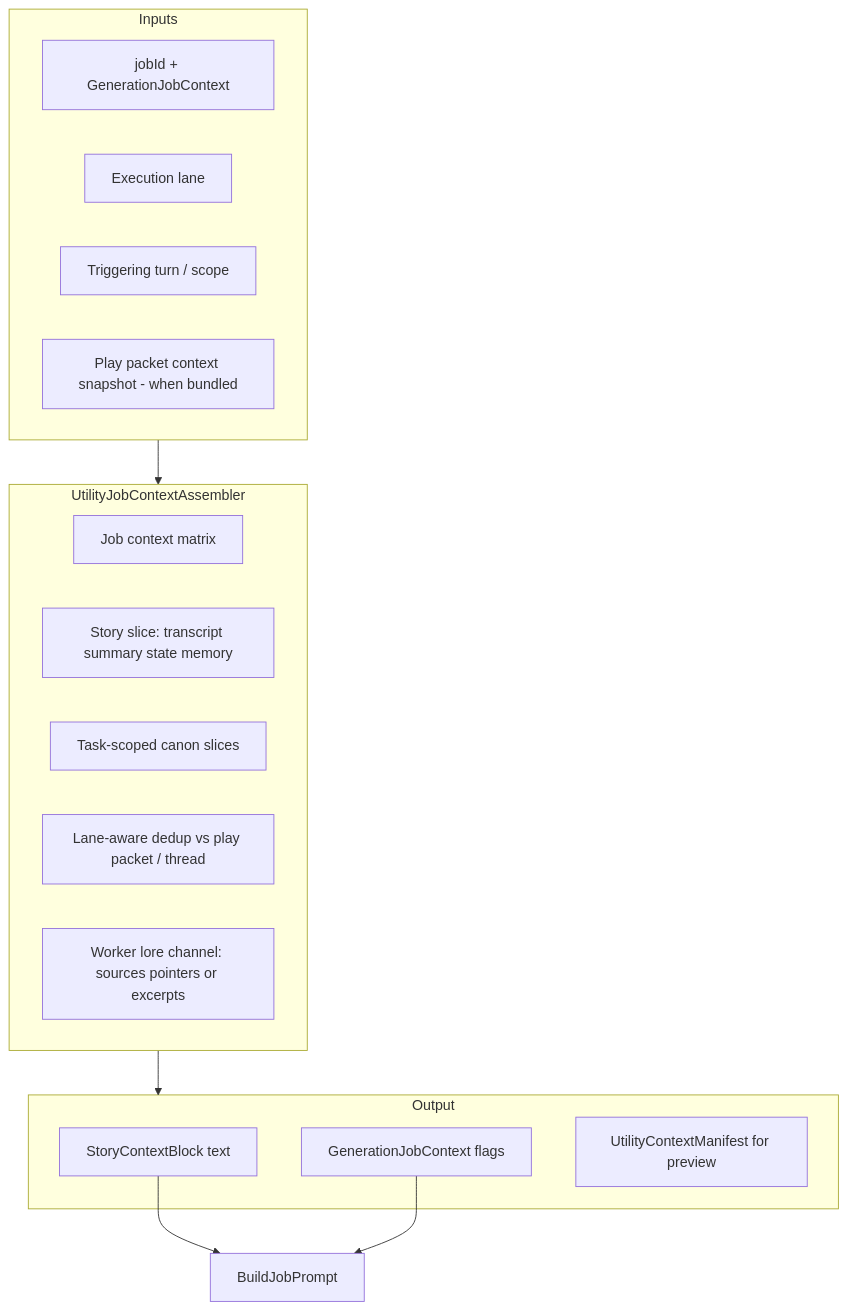
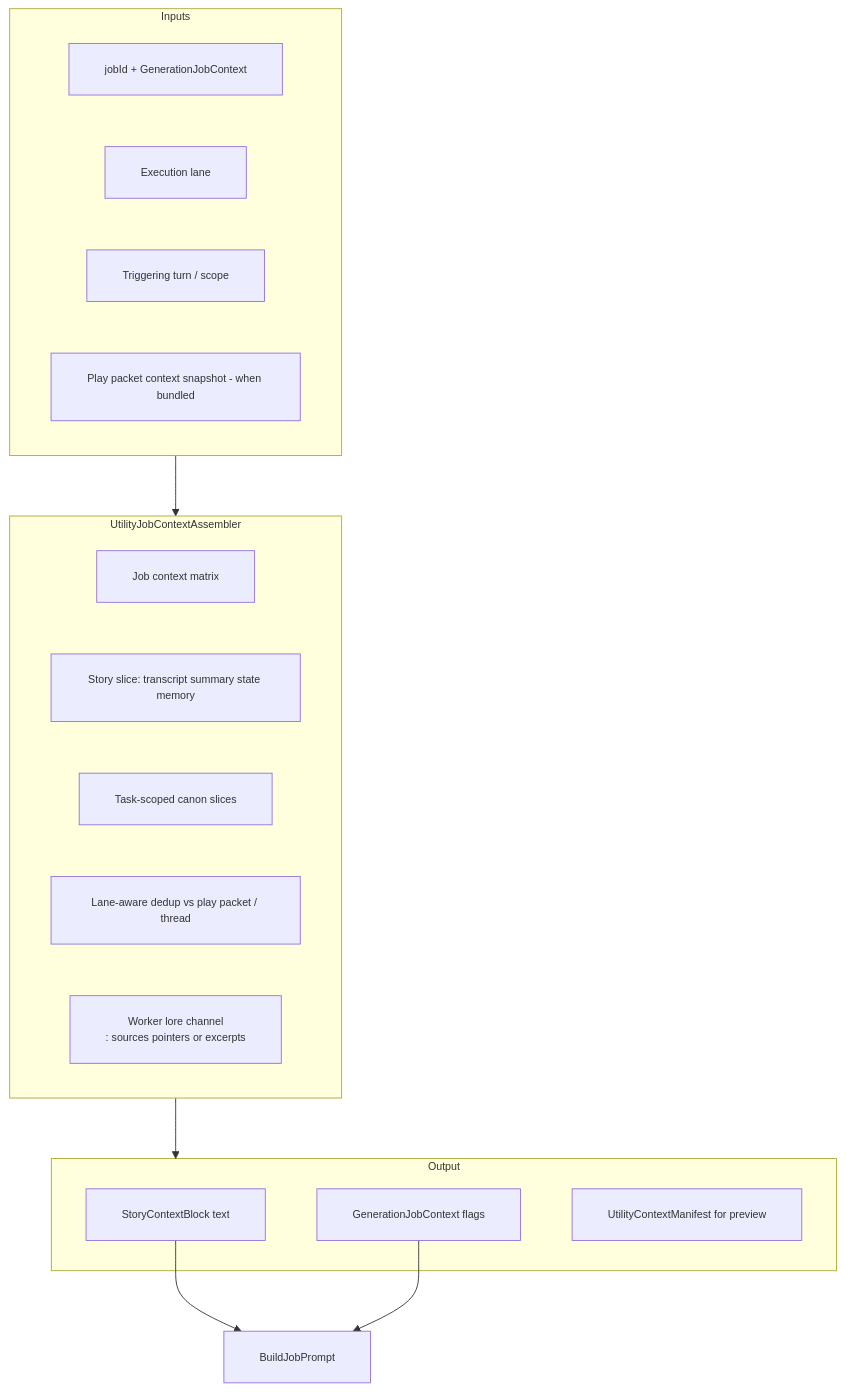
One commit to CMD0112/NarrativeGPT changed the diagram in docs/Enhancements/utility-job-context-assembly.md. Above: the diagram before and after it, drawn with Mermaid. The commit also changed other lines of this file and 788 other files, not shown here.

````diff
--- a/docs/Enhancements/utility-job-context-assembly.md
+++ b/docs/Enhancements/utility-job-context-assembly.md
@@ -49,28 +49,29 @@
 ```mermaid
+%%{init: {"flowchart":{"nodeSpacing":58,"rankSpacing":68,"padding":20,"subGraphTitleMargin":16,"diagramPadding":12,"htmlLabels":true},"themeVariables":{"fontSize":"12px"}} }%%
 flowchart TB
     subgraph inputs [Inputs]
         JOB[jobId + GenerationJobContext]
         LANE[Execution lane]
         TURN[Triggering turn / scope]
         PLAYCTX[Play packet context snapshot - when bundled]
     end
 
     subgraph assembler [UtilityJobContextAssembler]
         PROFILE[Job context matrix]
         STORY[Story slice: transcript summary state memory]
         CANON[Task-scoped canon slices]
         DEDUP[Lane-aware dedup vs play packet / thread]
-        LORE[Worker lore channel: sources pointers or excerpts]
+        LORE[Worker lore channel<br/>: sources pointers or excerpts]
     end
 
     subgraph output [Output]
         BLOCK[StoryContextBlock text]
         FLAGS[GenerationJobContext flags]
         MANIFEST[UtilityContextManifest for preview]
     end
 
     inputs --> assembler
     assembler --> output
     BLOCK --> BuildJobPrompt
     FLAGS --> BuildJobPrompt
 ```
````
